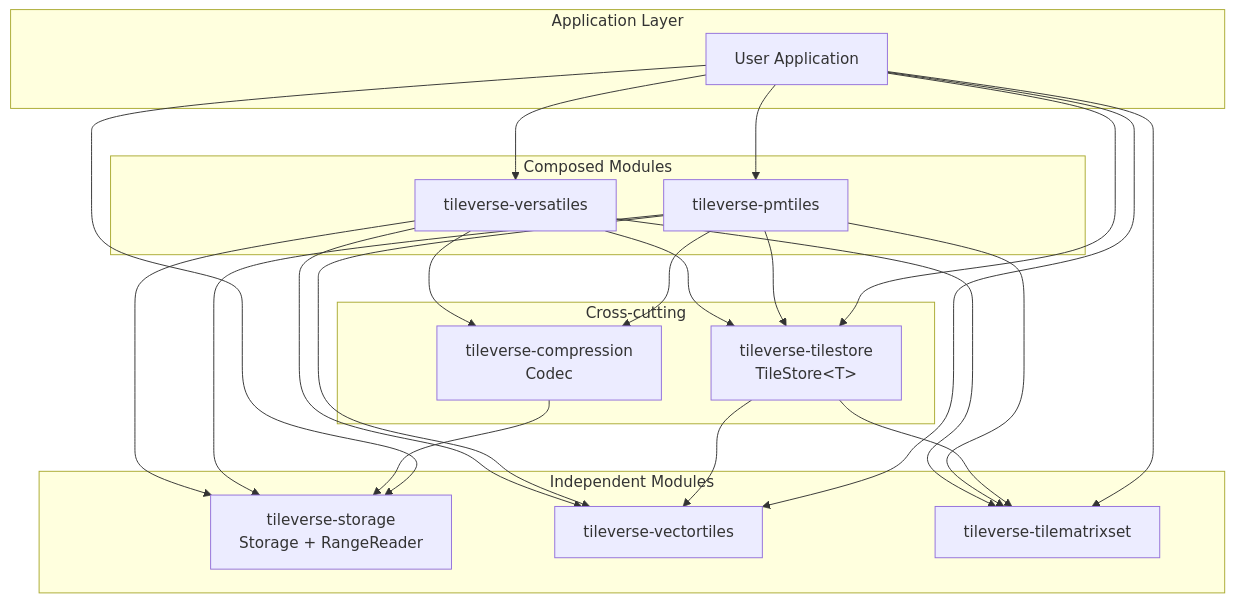
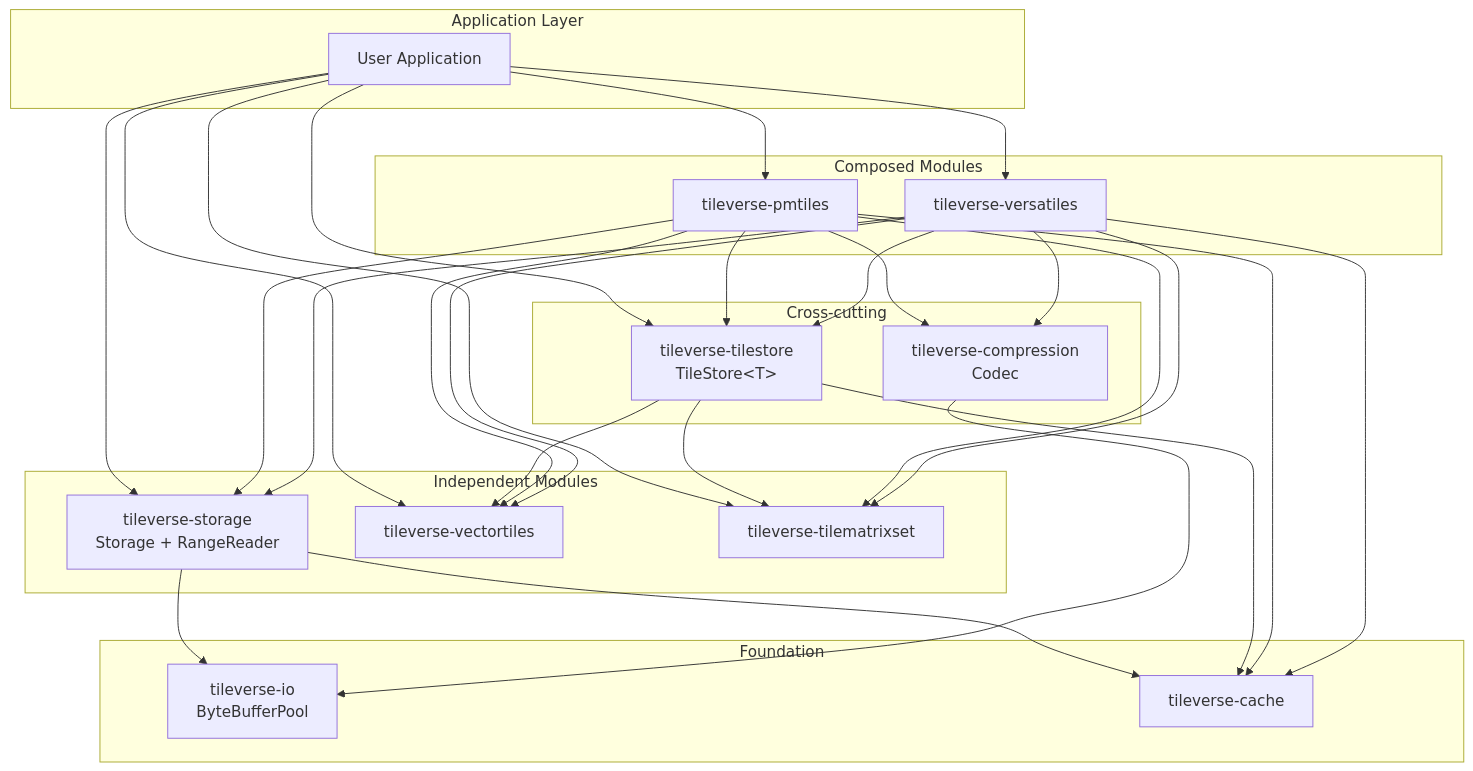
Before and after one commit to tileverse-io/tileverse: the diagram in docs/src/developer-guide/explanation/architecture.md, drawn with Mermaid. The commit also changed other lines of this file and 63 other files, not shown here.

First line of the commit message:
refactor: use the buffer pool and the caches without the storage module

````diff
--- a/docs/src/developer-guide/explanation/architecture.md
+++ b/docs/src/developer-guide/explanation/architecture.md
@@ -9,46 +9,57 @@
 ```mermaid
 graph TD
     subgraph "Application Layer"
         App[User Application]
     end
 
     subgraph "Independent Modules"
         ST[tileverse-storage<br/>Storage + RangeReader]
         VT[tileverse-vectortiles]
         TMS[tileverse-tilematrixset]
+    end
+
+    subgraph "Foundation"
+        IO[tileverse-io<br/>ByteBufferPool]
+        CACHE[tileverse-cache]
     end
 
     subgraph "Cross-cutting"
         TS[tileverse-tilestore<br/>TileStore&lt;T&gt;]
         CMP[tileverse-compression<br/>Codec]
     end
 
     subgraph "Composed Modules"
         PMT[tileverse-pmtiles]
         VER[tileverse-versatiles]
     end
 
     App --> ST
     App --> VT
     App --> TMS
     App --> TS
     App --> PMT
     App --> VER
 
+    ST --> IO
+    ST --> CACHE
+
     TS --> VT
     TS --> TMS
+    TS --> CACHE
 
-    CMP --> ST
+    CMP --> IO
 
     PMT --> ST
     PMT --> VT
     PMT --> TMS
     PMT --> TS
     PMT --> CMP
+    PMT --> CACHE
 
     VER --> ST
     VER --> VT
     VER --> TMS
     VER --> TS
     VER --> CMP
+    VER --> CACHE
 ```
````
